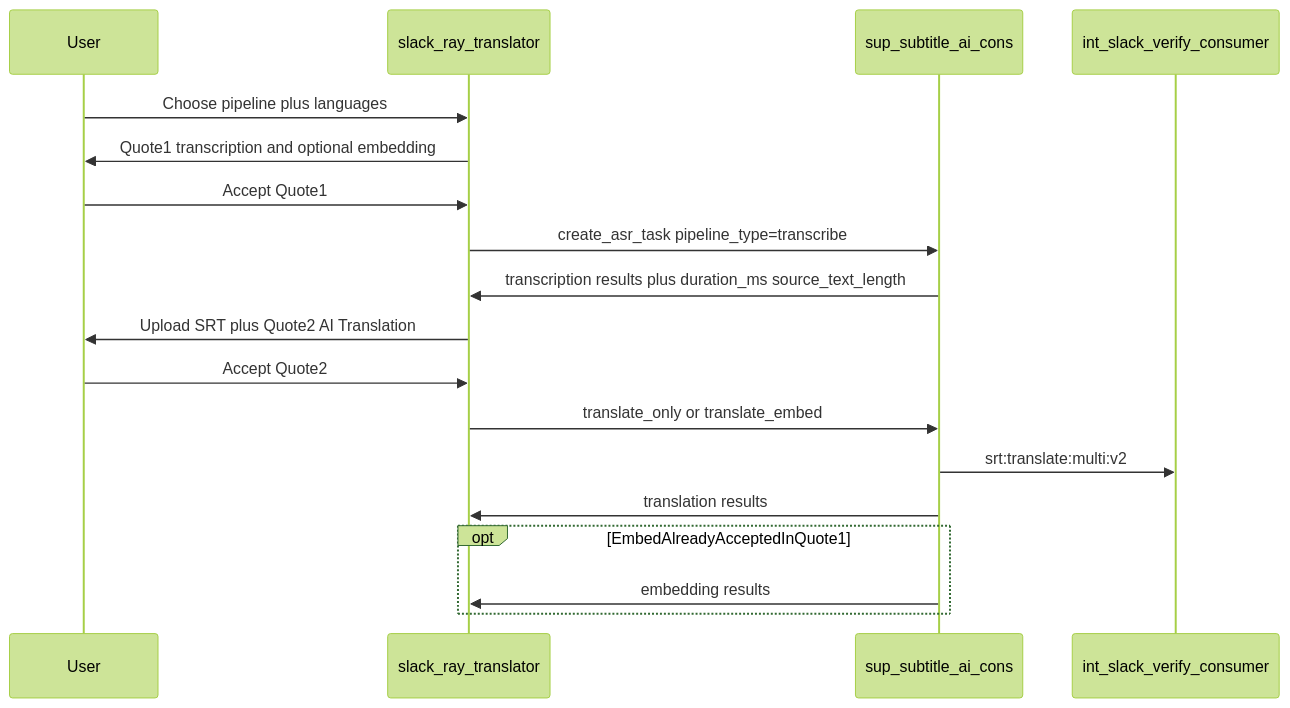
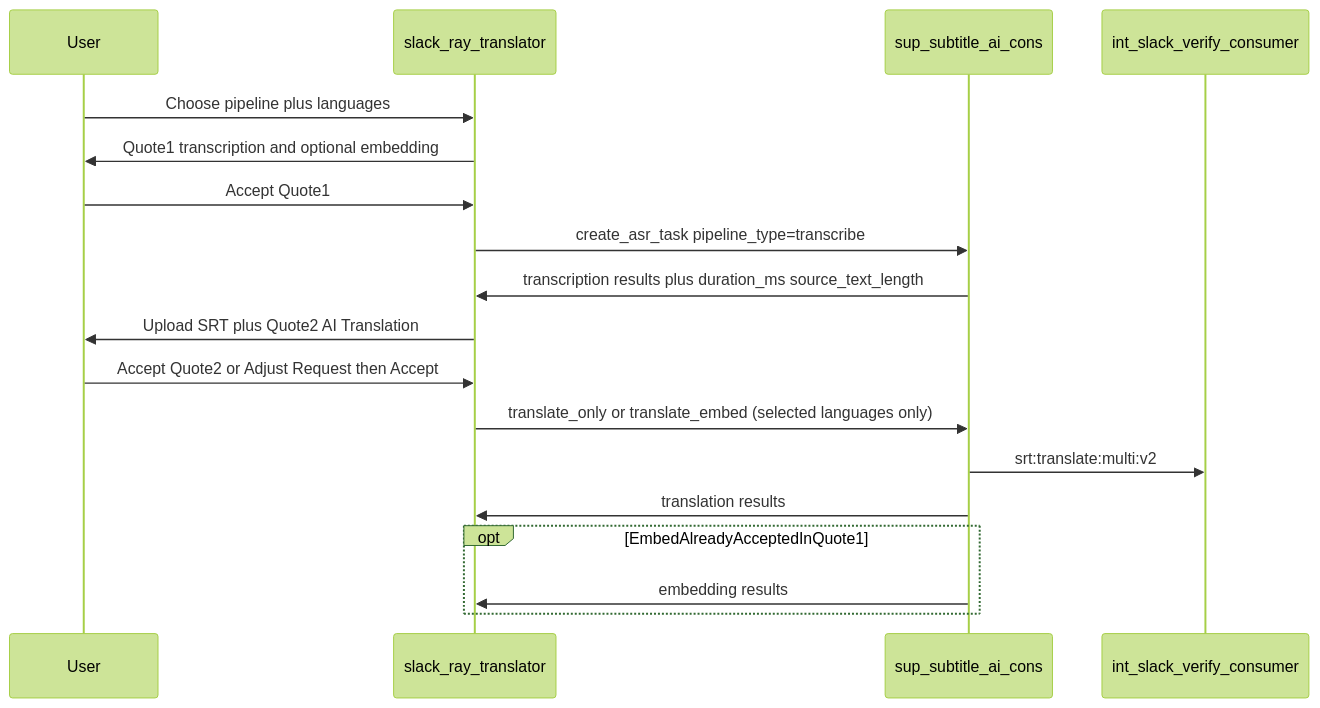
Before and after one commit to strakergroup/Nake-Agentic-Slack: the diagram in docs/media-quote-confirmation.md, drawn with Mermaid (forest theme). The commit also changed other lines of this file and 20 other files, not shown here.

First line of the commit message:
feat(RAY-79115): add Adjust Request to media Quote2 AI translation

````diff
--- a/docs/media-quote-confirmation.md
+++ b/docs/media-quote-confirmation.md
@@ -33,21 +33,21 @@
 ```mermaid
 sequenceDiagram
     participant User
     participant SRT as slack_ray_translator
     participant Cons as sup_subtitle_ai_cons
     participant MT as int_slack_verify_consumer
 
     User->>SRT: Choose pipeline plus languages
     SRT->>User: Quote1 transcription and optional embedding
     User->>SRT: Accept Quote1
     SRT->>Cons: create_asr_task pipeline_type=transcribe
     Cons->>SRT: transcription results plus duration_ms source_text_length
     SRT->>User: Upload SRT plus Quote2 AI Translation
-    User->>SRT: Accept Quote2
-    SRT->>Cons: translate_only or translate_embed
+    User->>SRT: Accept Quote2 or Adjust Request then Accept
+    SRT->>Cons: translate_only or translate_embed (selected languages only)
     Cons->>MT: srt:translate:multi:v2
     Cons->>SRT: translation results
     opt EmbedAlreadyAcceptedInQuote1
         Cons->>SRT: embedding results
     end
 ```
````
